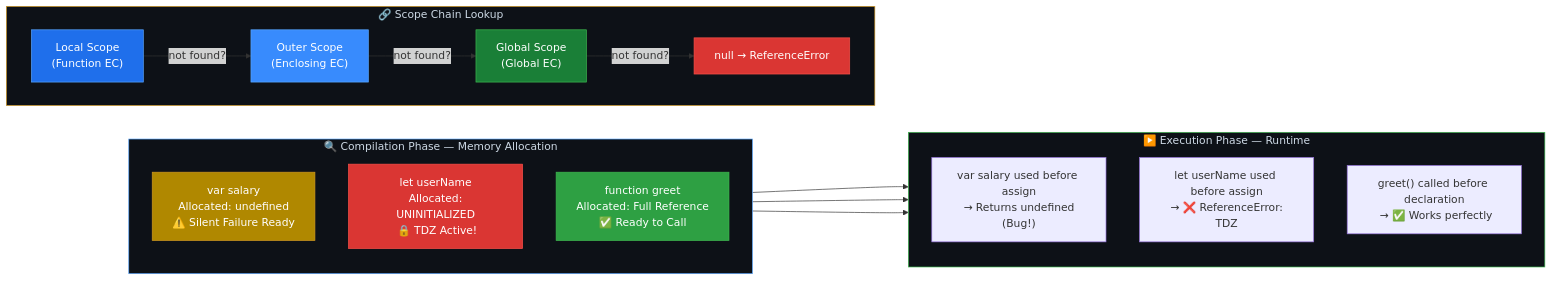
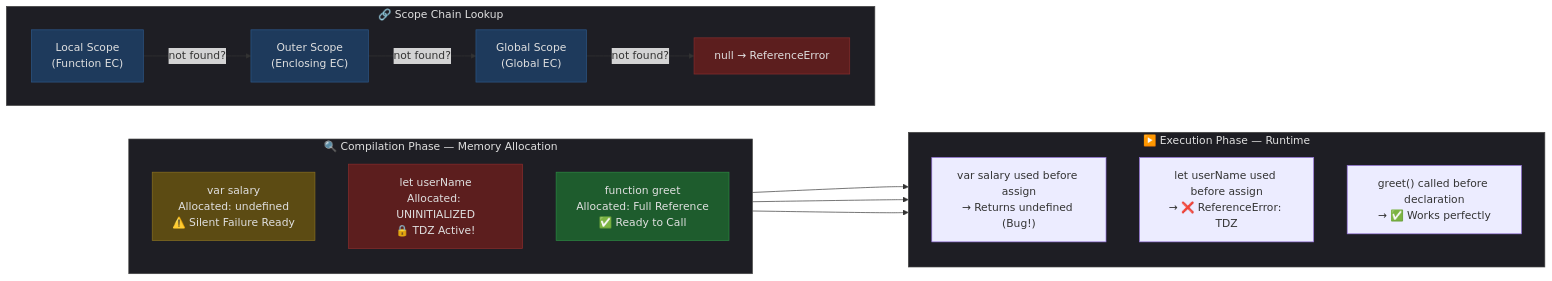
The second of 5 diagrams in JavaScript/JS_Mastery_Module1_Module2.md (muhammad-khaled-tech/My-Study-Notes), drawn with Mermaid before and after one commit. The commit also changed 2 other files, not shown here.

Commit message:
vault backup: 2026-03-27 16:52:44

````diff
--- a/JavaScript/JS_Mastery_Module1_Module2.md
+++ b/JavaScript/JS_Mastery_Module1_Module2.md
@@ -180,42 +180,46 @@
 ```mermaid
 graph LR
+
     subgraph CompilationPhase["🔍 Compilation Phase — Memory Allocation"]
         direction TB
-        VarHoist["var salary\n Allocated: undefined\n ⚠️ Silent Failure Ready"]
-        LetHoist["let userName\n Allocated: UNINITIALIZED\n 🔒 TDZ Active!"]
-        FnHoist["function greet\n Allocated: Full Reference\n ✅ Ready to Call"]
+        VarHoist["var salary<br>Allocated: undefined<br>⚠️ Silent Failure Ready"]
+        LetHoist["let userName<br>Allocated: UNINITIALIZED<br>🔒 TDZ Active!"]
+        FnHoist["function greet<br>Allocated: Full Reference<br>✅ Ready to Call"]
     end
 
     subgraph ExecutionPhase["▶️ Execution Phase — Runtime"]
         direction TB
-        VarExec["var salary used before assign\n → Returns undefined (Bug!)"]
-        LetExec["let userName used before assign\n → ❌ ReferenceError: TDZ"]
-        FnExec["greet() called before declaration\n → ✅ Works perfectly"]
+        VarExec["var salary used before assign<br>→ Returns undefined (Bug!)"]
+        LetExec["let userName used before assign<br>→ ❌ ReferenceError: TDZ"]
+        FnExec["greet() called before declaration<br>→ ✅ Works perfectly"]
     end
 
     subgraph ScopeChain["🔗 Scope Chain Lookup"]
         direction LR
-        LocalScope["Local Scope\n (Function EC)"]
-        OuterScope["Outer Scope\n (Enclosing EC)"]
-        GlobalScope["Global Scope\n (Global EC)"]
+        LocalScope["Local Scope<br>(Function EC)"]
+        OuterScope["Outer Scope<br>(Enclosing EC)"]
+        GlobalScope["Global Scope<br>(Global EC)"]
         NullEnd["null → ReferenceError"]
         LocalScope -- "not found?" --> OuterScope
         OuterScope -- "not found?" --> GlobalScope
         GlobalScope -- "not found?" --> NullEnd
     end
 
     VarHoist --> VarExec
     LetHoist --> LetExec
     FnHoist --> FnExec
 
-    style CompilationPhase fill:#0d1117,stroke:#58a6ff,color:#cdd9e5
-    style ExecutionPhase fill:#0d1117,stroke:#3fb950,color:#cdd9e5
-    style ScopeChain fill:#0d1117,stroke:#d29922,color:#cdd9e5
-    style VarHoist fill:#b08800,stroke:#d29922,color:#fff
-    style LetHoist fill:#da3633,stroke:#f85149,color:#fff
-    style FnHoist fill:#2ea043,stroke:#3fb950,color:#fff
-    style LocalScope fill:#1f6feb,stroke:#58a6ff,color:#fff
-    style OuterScope fill:#388bfd,stroke:#58a6ff,color:#fff
-    style GlobalScope fill:#1a7f37,stroke:#3fb950,color:#fff
-    style NullEnd fill:#da3633,stroke:#f85149,color:#fff
+    %% الألوان الهادية والمريحة للعين (Muted Dark Theme)
+    style CompilationPhase fill:#1e1e24,stroke:#444444,color:#e0e0e0
+    style ExecutionPhase fill:#1e1e24,stroke:#444444,color:#e0e0e0
+    style ScopeChain fill:#1e1e24,stroke:#444444,color:#e0e0e0
+    
+    style VarHoist fill:#5c4b13,stroke:#8a7222,color:#e0e0e0
+    style LetHoist fill:#5c1e1e,stroke:#8a2d2d,color:#e0e0e0
+    style FnHoist fill:#1e5c2d,stroke:#2d8a44,color:#e0e0e0
+    
+    style LocalScope fill:#1e3a5c,stroke:#2d588a,color:#e0e0e0
+    style OuterScope fill:#1e3a5c,stroke:#2d588a,color:#e0e0e0
+    style GlobalScope fill:#1e3a5c,stroke:#2d588a,color:#e0e0e0
+    style NullEnd fill:#5c1e1e,stroke:#8a2d2d,color:#e0e0e0
 ```
````
